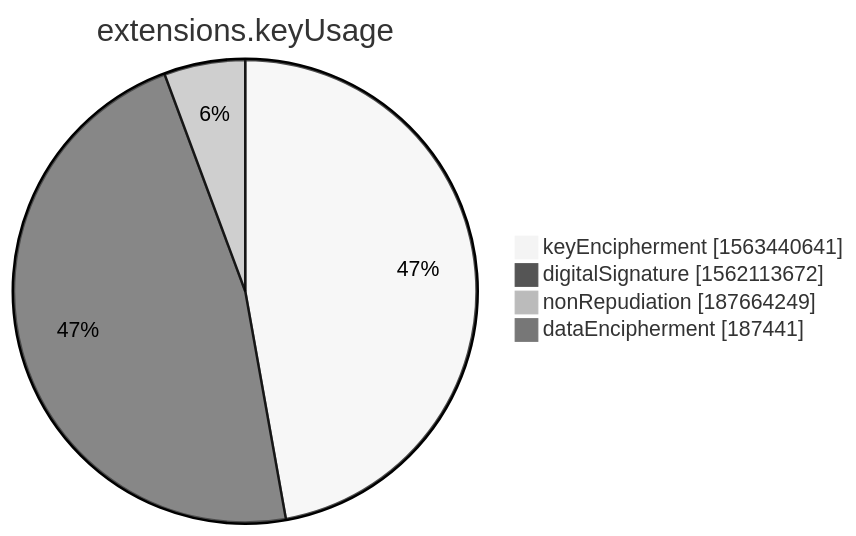
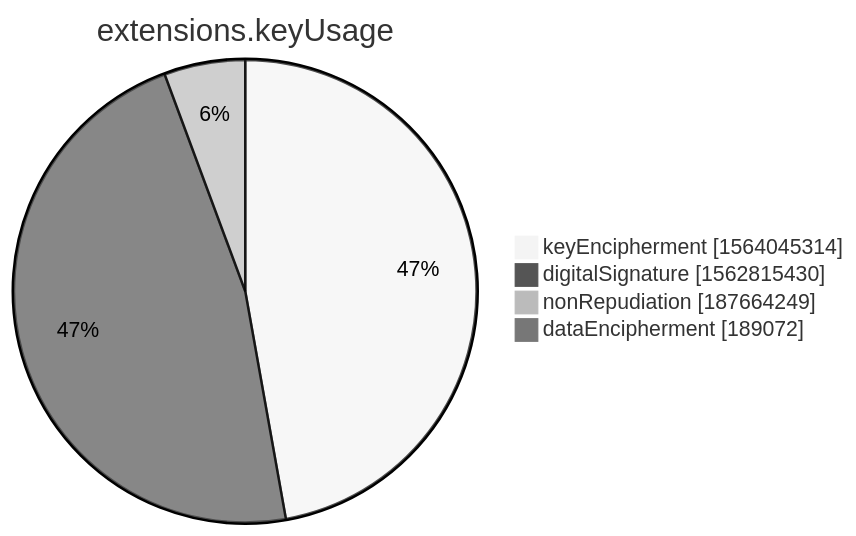
One commit to christiankrug/ctmonitor_visualization changed the seventh of 15 diagrams in xenon2022/README.md. Above: the diagram before and after it, drawn with Mermaid (neutral theme). The commit also changed other lines of this file, not shown here.

````diff
--- a/xenon2022/README.md
+++ b/xenon2022/README.md
@@ -2852,8 +2853,8 @@
 ```mermaid
 pie showData
 title extensions.keyUsage
-"keyEncipherment" :1563440641
-"digitalSignature" :1562113672
+"keyEncipherment" :1564045314
+"digitalSignature" :1562815430
 "nonRepudiation" :187664249
-"dataEncipherment" :187441
+"dataEncipherment" :189072
 ```
````
